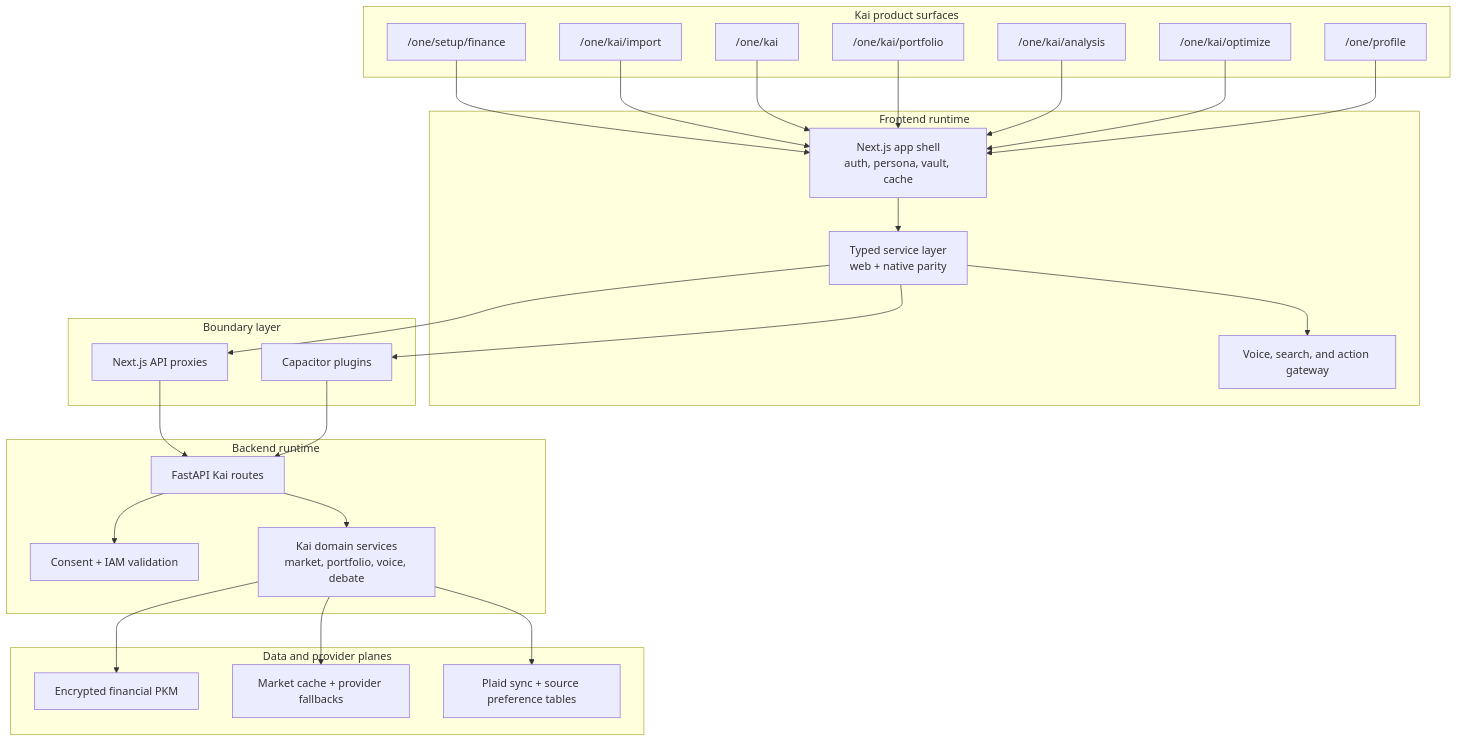
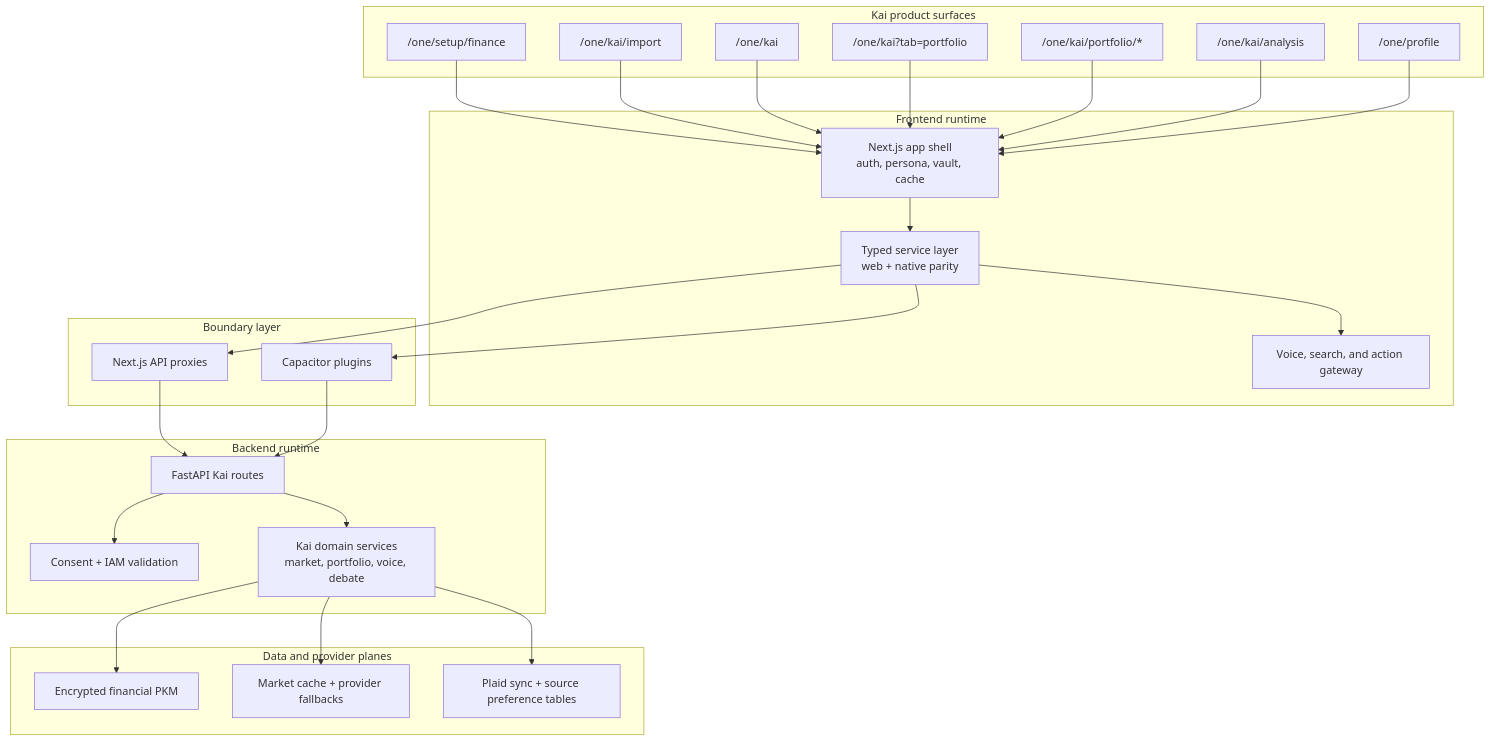
Before and after one commit to hushh-labs/hushh-research: the diagram in docs/reference/kai/kai-architecture-specification-v1.md, drawn with Mermaid. The commit also changed other lines of this file and 198 other files, not shown here.

````diff
--- a/docs/reference/kai/kai-architecture-specification-v1.md
+++ b/docs/reference/kai/kai-architecture-specification-v1.md
@@ -7,53 +7,53 @@
 ```mermaid
 flowchart TB
   subgraph surfaces["Kai product surfaces"]
     onboarding["/one/setup/finance"]
     import["/one/kai/import"]
     home["/one/kai"]
-    portfolio["/one/kai/portfolio"]
+    portfolio["/one/kai?tab=portfolio"]
+    portfolioDetails["/one/kai/portfolio/*"]
     analysis["/one/kai/analysis"]
-    optimize["/one/kai/optimize"]
     profile["/one/profile"]
   end
 
   subgraph frontend["Frontend runtime"]
     shell["Next.js app shell<br/>auth, persona, vault, cache"]
     services["Typed service layer<br/>web + native parity"]
     action["Voice, search, and action gateway"]
   end
 
   subgraph boundary["Boundary layer"]
     next["Next.js API proxies"]
     native["Capacitor plugins"]
   end
 
   subgraph backend["Backend runtime"]
     routes["FastAPI Kai routes"]
     policy["Consent + IAM validation"]
     domain["Kai domain services<br/>market, portfolio, voice, debate"]
   end
 
   subgraph data["Data and provider planes"]
     pkm["Encrypted financial PKM"]
     cache["Market cache + provider fallbacks"]
     plaid["Plaid sync + source preference tables"]
   end
 
   onboarding --> shell
   import --> shell
   home --> shell
   portfolio --> shell
+  portfolioDetails --> shell
   analysis --> shell
-  optimize --> shell
   profile --> shell
   shell --> services --> action
   services --> next
   services --> native
   next --> routes
   native --> routes
   routes --> policy
   routes --> domain
   domain --> pkm
   domain --> cache
   domain --> plaid
 ```
````
